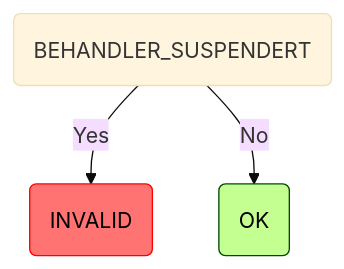
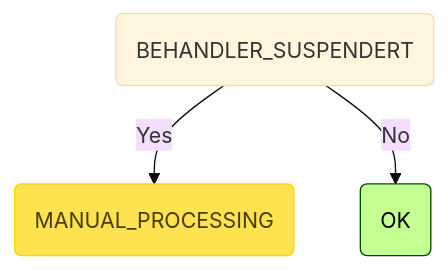
Before and after one commit to navikt/syfosmpapirregler: the first of 5 diagrams in README.md, drawn with Mermaid (base theme). The commit also changed other lines of this file and 12 other files, not shown here.

````diff
--- a/README.md
+++ b/README.md
@@ -82,8 +82,8 @@
 ```mermaid
 graph TD
-    root(BEHANDLER_SUSPENDERT) -->|Yes| root_BEHANDLER_SUSPENDERT_INVALID(INVALID):::invalid
+    root(BEHANDLER_SUSPENDERT) -->|Yes| root_BEHANDLER_SUSPENDERT_MANUAL_PROCESSING(MANUAL_PROCESSING):::manuell
     root(BEHANDLER_SUSPENDERT) -->|No| root_BEHANDLER_SUSPENDERT_OK(OK):::ok
     classDef ok fill:#c3ff91,stroke:#004a00,color: black;
     classDef invalid fill:#ff7373,stroke:#ff0000,color: black;
     classDef manuell fill:#ffe24f,stroke:#ffd500,color: #473c00;
 ```
````
